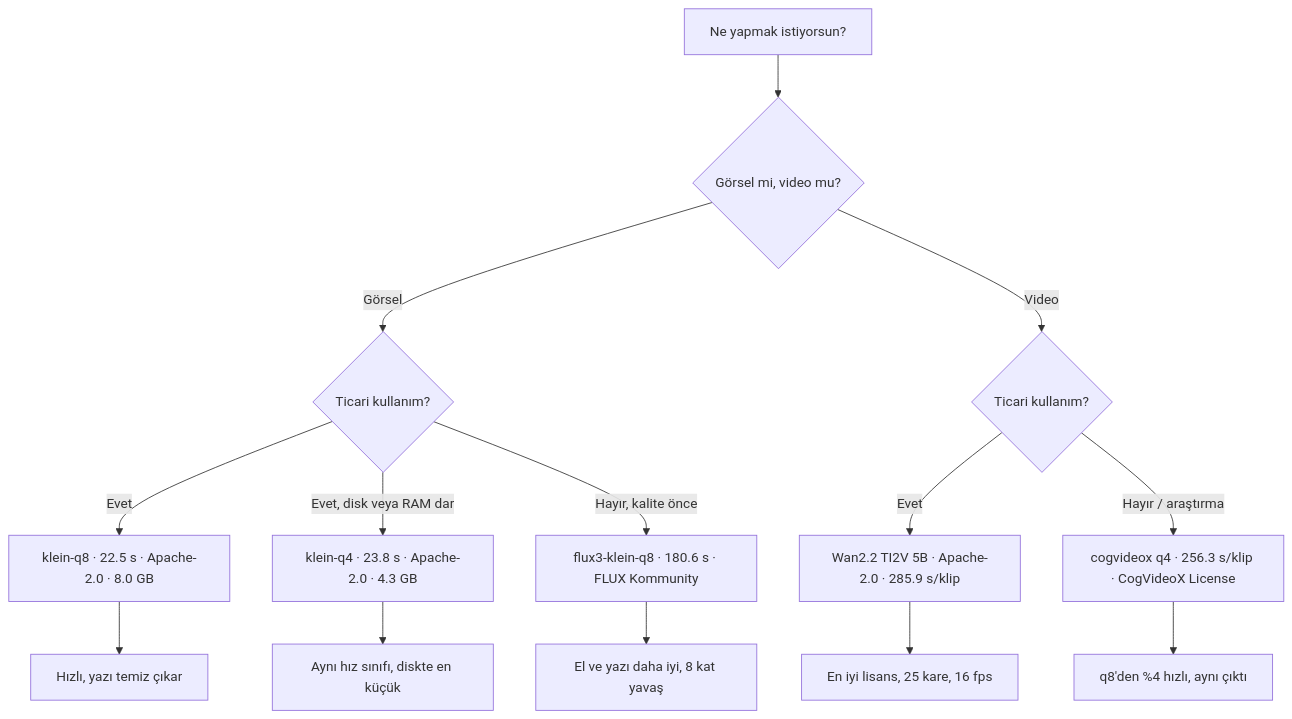
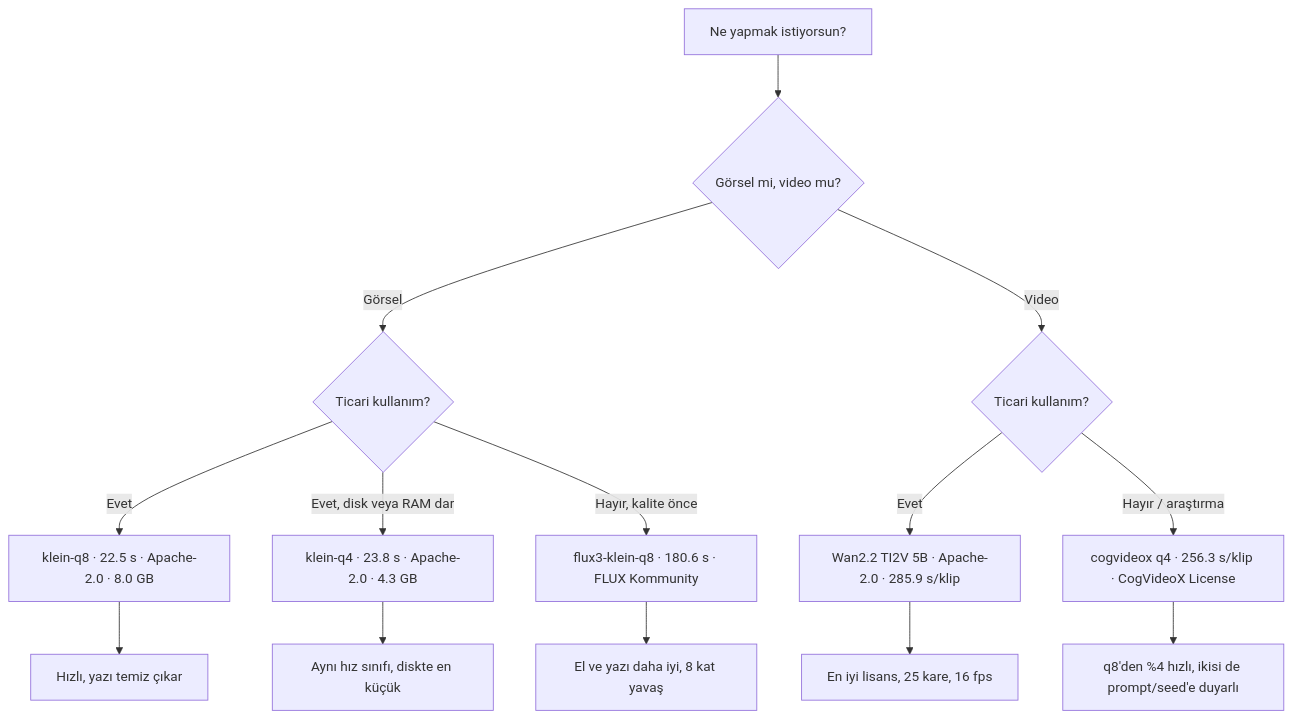
The diagram in README.tr.md (mahirfatih/local-generation-benchmark-m1-max), drawn with Mermaid before and after one commit. The commit also changed other lines of this file and 11 other files, not shown here.

````diff
--- a/README.tr.md
+++ b/README.tr.md
@@ -41,16 +41,16 @@
 ```mermaid
 flowchart TD
     A[Ne yapmak istiyorsun?] --> B{Görsel mi, video mu?}
     B -->|Görsel| C{Ticari kullanım?}
     B -->|Video| D{Ticari kullanım?}
     C -->|Evet| E[klein-q8 · 22.5 s · Apache-2.0 · 8.0 GB]
     C -->|Evet, disk veya RAM dar| E4[klein-q4 · 23.8 s · Apache-2.0 · 4.3 GB]
     C -->|Hayır, kalite önce| F[flux3-klein-q8 · 180.6 s · FLUX Kommunity]
     D -->|Evet| G[Wan2.2 TI2V 5B · Apache-2.0 · 285.9 s/klip]
     D -->|Hayır / araştırma| H[cogvideox q4 · 256.3 s/klip · CogVideoX License]
     E --> I[Hızlı, yazı temiz çıkar]
     E4 --> I4[Aynı hız sınıfı, diskte en küçük]
     F --> J[El ve yazı daha iyi, 8 kat yavaş]
     G --> K[En iyi lisans, 25 kare, 16 fps]
-    H --> L[q8'den %4 hızlı, aynı çıktı]
+    H --> L[q8'den %4 hızlı, ikisi de prompt/seed'e duyarlı]
 ```
````
